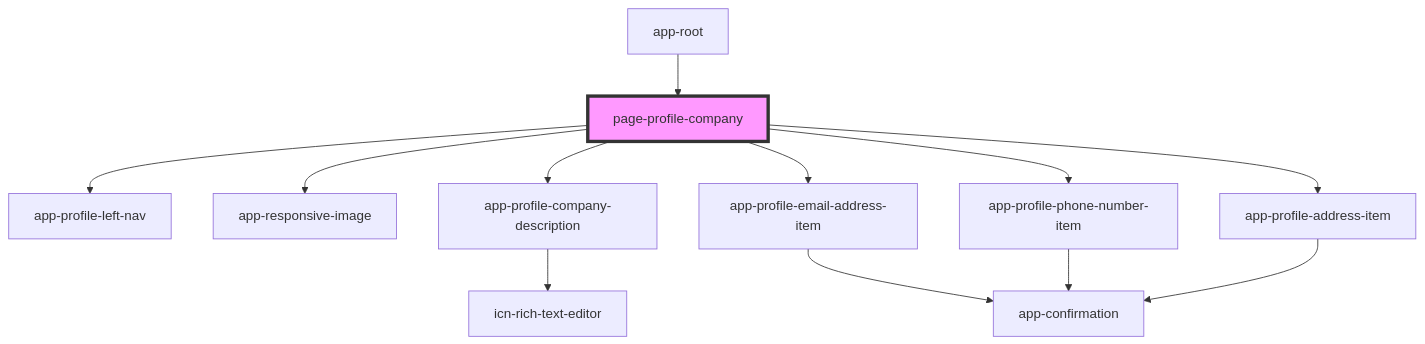
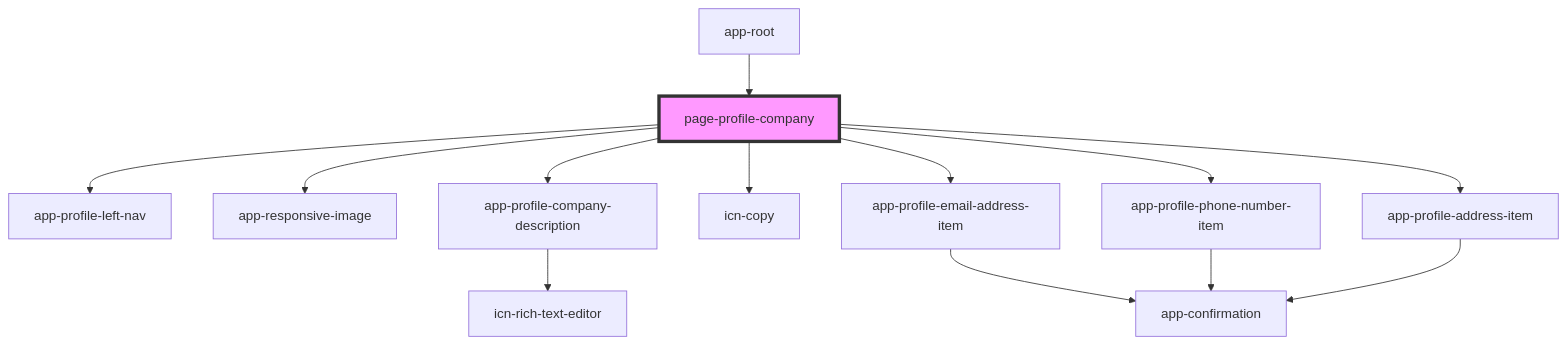
Before and after one commit to lokheed/IconEventNetwork.Web: the diagram in iconeventnetwork-web/src/components/pages/page-profile-company/readme.md, drawn with Mermaid. The commit also changed other lines of this file and 9 other files, not shown here.

````diff
--- a/iconeventnetwork-web/src/components/pages/page-profile-company/readme.md
+++ b/iconeventnetwork-web/src/components/pages/page-profile-company/readme.md
@@ -31,15 +32,16 @@
 ```mermaid
 graph TD;
   page-profile-company --> app-profile-left-nav
   page-profile-company --> app-responsive-image
   page-profile-company --> app-profile-company-description
+  page-profile-company --> icn-copy
   page-profile-company --> app-profile-email-address-item
   page-profile-company --> app-profile-phone-number-item
   page-profile-company --> app-profile-address-item
   app-profile-company-description --> icn-rich-text-editor
   app-profile-email-address-item --> app-confirmation
   app-profile-phone-number-item --> app-confirmation
   app-profile-address-item --> app-confirmation
   app-root --> page-profile-company
   style page-profile-company fill:#f9f,stroke:#333,stroke-width:4px
 ```
````
